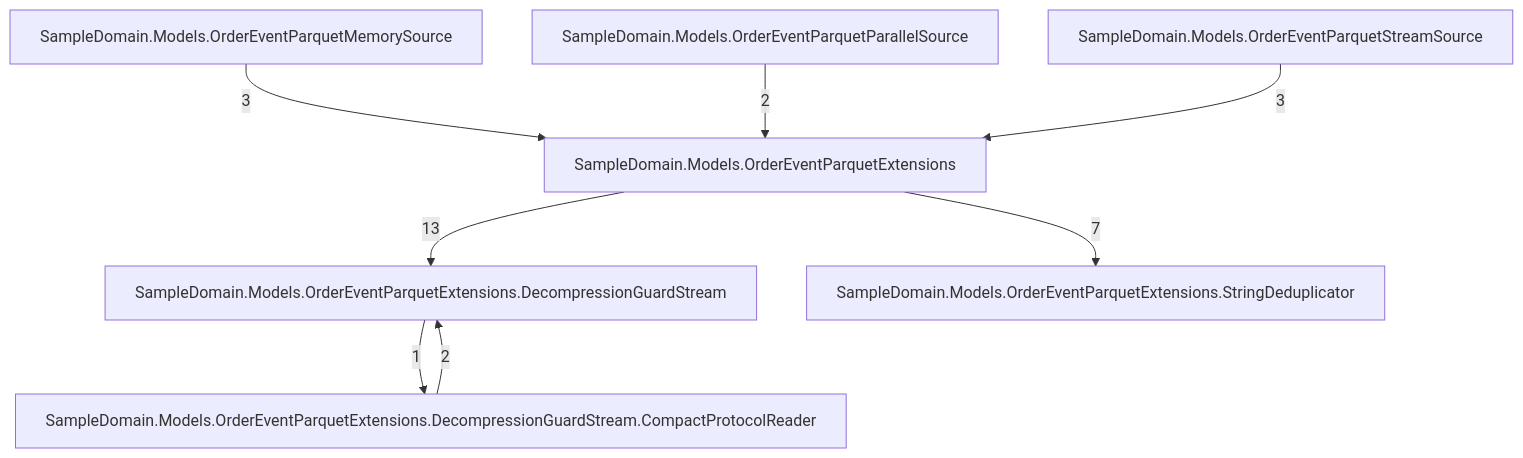
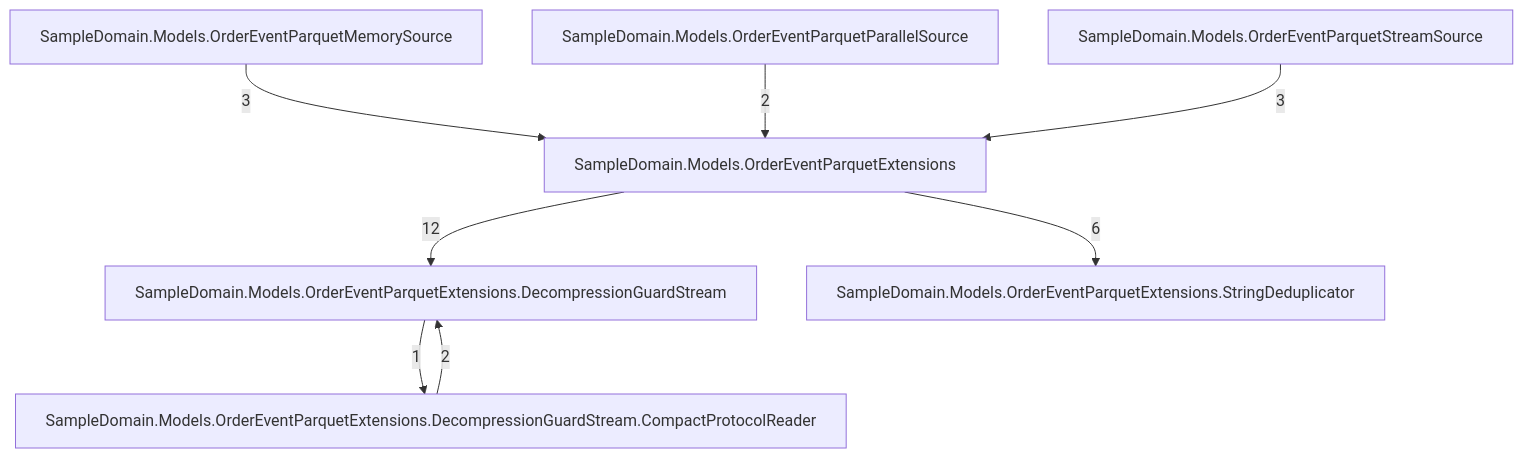
Before and after one commit to rtkelly13/Parquet.SourceGenerator: the fourth of 7 diagrams in docs/callgraph-generated.md, drawn with Mermaid. The commit also changed other lines of this file and 109 other files, not shown here.

````diff
--- a/docs/callgraph-generated.md
+++ b/docs/callgraph-generated.md
@@ -60,17 +60,17 @@
 ```mermaid
 graph TD
     tsampledomainmodelsordereventparquetextensions_047["SampleDomain.Models.OrderEventParquetExtensions"]
     tsampledomainmodelsordereventparquetextensionsdecompressionguardstream_072["SampleDomain.Models.OrderEventParquetExtensions.DecompressionGuardStream"]
     tsampledomainmodelsordereventparquetextensionsdecompressionguardstreamcompactprotocolreader_094["SampleDomain.Models.OrderEventParquetExtensions.DecompressionGuardStream.CompactProtocolReader"]
     tsampledomainmodelsordereventparquetextensionsstringdeduplicator_066["SampleDomain.Models.OrderEventParquetExtensions.StringDeduplicator"]
     tsampledomainmodelsordereventparquetmemorysource_049["SampleDomain.Models.OrderEventParquetMemorySource"]
     tsampledomainmodelsordereventparquetparallelsource_051["SampleDomain.Models.OrderEventParquetParallelSource"]
     tsampledomainmodelsordereventparquetstreamsource_049["SampleDomain.Models.OrderEventParquetStreamSource"]
     tsampledomainmodelsordereventparquetextensionsdecompressionguardstreamcompactprotocolreader_094 -->|2| tsampledomainmodelsordereventparquetextensionsdecompressionguardstream_072
     tsampledomainmodelsordereventparquetextensionsdecompressionguardstream_072 -->|1| tsampledomainmodelsordereventparquetextensionsdecompressionguardstreamcompactprotocolreader_094
-    tsampledomainmodelsordereventparquetextensions_047 -->|13| tsampledomainmodelsordereventparquetextensionsdecompressionguardstream_072
-    tsampledomainmodelsordereventparquetextensions_047 -->|7| tsampledomainmodelsordereventparquetextensionsstringdeduplicator_066
+    tsampledomainmodelsordereventparquetextensions_047 -->|12| tsampledomainmodelsordereventparquetextensionsdecompressionguardstream_072
+    tsampledomainmodelsordereventparquetextensions_047 -->|6| tsampledomainmodelsordereventparquetextensionsstringdeduplicator_066
     tsampledomainmodelsordereventparquetmemorysource_049 -->|3| tsampledomainmodelsordereventparquetextensions_047
     tsampledomainmodelsordereventparquetparallelsource_051 -->|2| tsampledomainmodelsordereventparquetextensions_047
     tsampledomainmodelsordereventparquetstreamsource_049 -->|3| tsampledomainmodelsordereventparquetextensions_047
 ```
````
